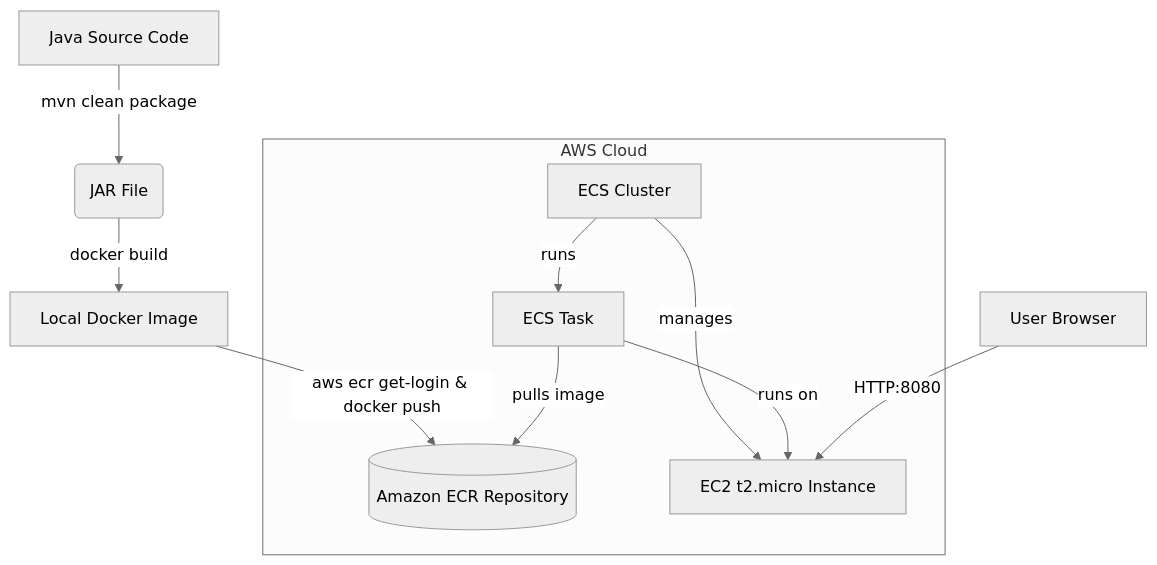
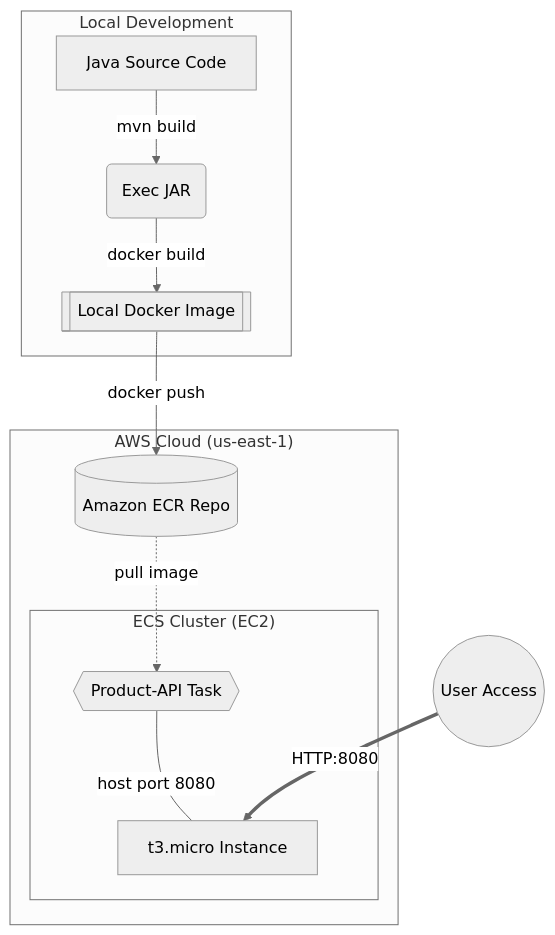
Before and after one commit to itsarpitgupta/product-api: the diagram in implementation_plan.md, drawn with Mermaid (neutral theme).

Commit message:
docs: Restructure and enhance the deployment flow diagram in the implementation plan.

````diff
--- a/implementation_plan.md
+++ b/implementation_plan.md
@@ -7,20 +7,22 @@
 ```mermaid
-graph TD
-    A[Java Source Code] -->|mvn clean package| B(JAR File)
-    B -->|docker build| C[Local Docker Image]
-    C -->|aws ecr get-login & docker push| D[(Amazon ECR Repository)]
+flowchart TD
+    subgraph Local ["Local Development"]
+        A[Java Source Code] -->|mvn build| B(Exec JAR)
+        B -->|docker build| C[[Local Docker Image]]
+    end
+
+    subgraph Cloud ["AWS Cloud (us-east-1)"]
+        D[(Amazon ECR Repo)]
+        
+        subgraph Cluster ["ECS Cluster (EC2)"]
+            F[t3.micro Instance]
+            G{{Product-API Task}}
+        end
+    end
+
+    C -->|docker push| D
+    D -.->|pull image| G
+    G ---|host port 8080| F
     
-    subgraph AWS Cloud
-        D
-        E[ECS Cluster]
-        F[EC2 t2.micro Instance]
-        G[ECS Task]
-        
-        E -->|manages| F
-        E -->|runs| G
-        G -->|pulls image| D
-        G -->|runs on| F
-    end
-    
-    H[User Browser] -->|HTTP:8080| F
+    User((User Access)) ==>|HTTP:8080| F
 ```
````
